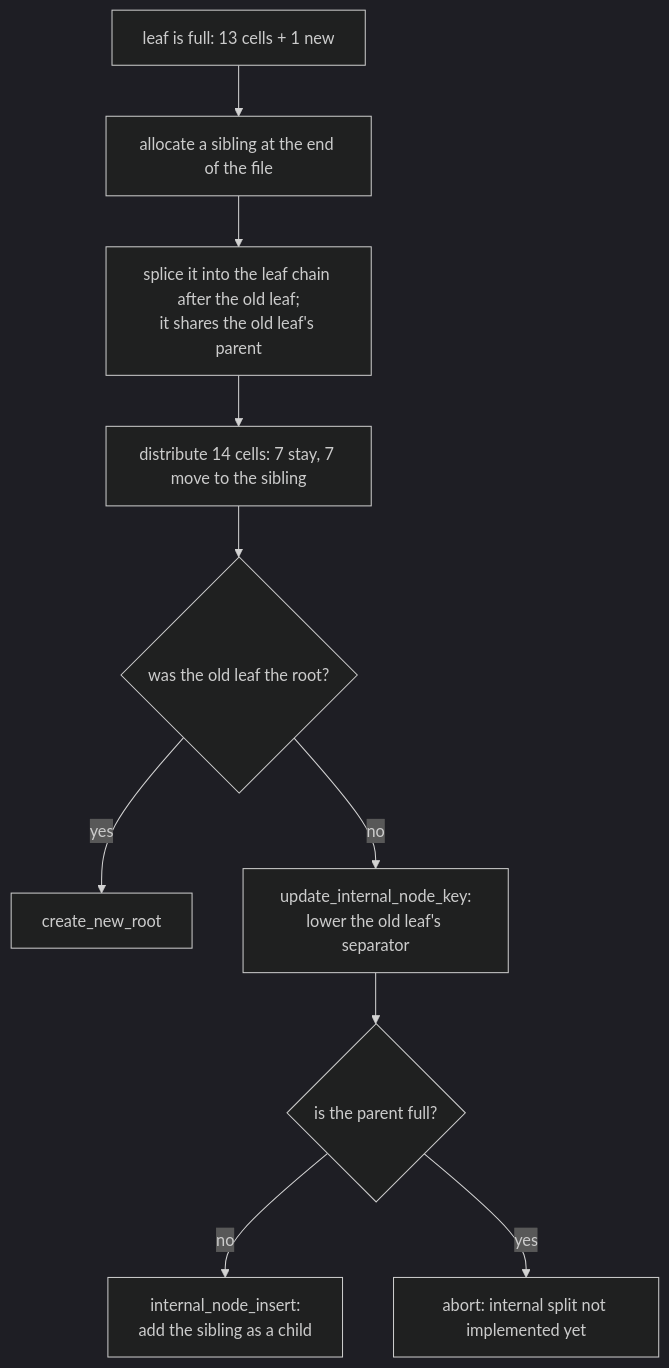
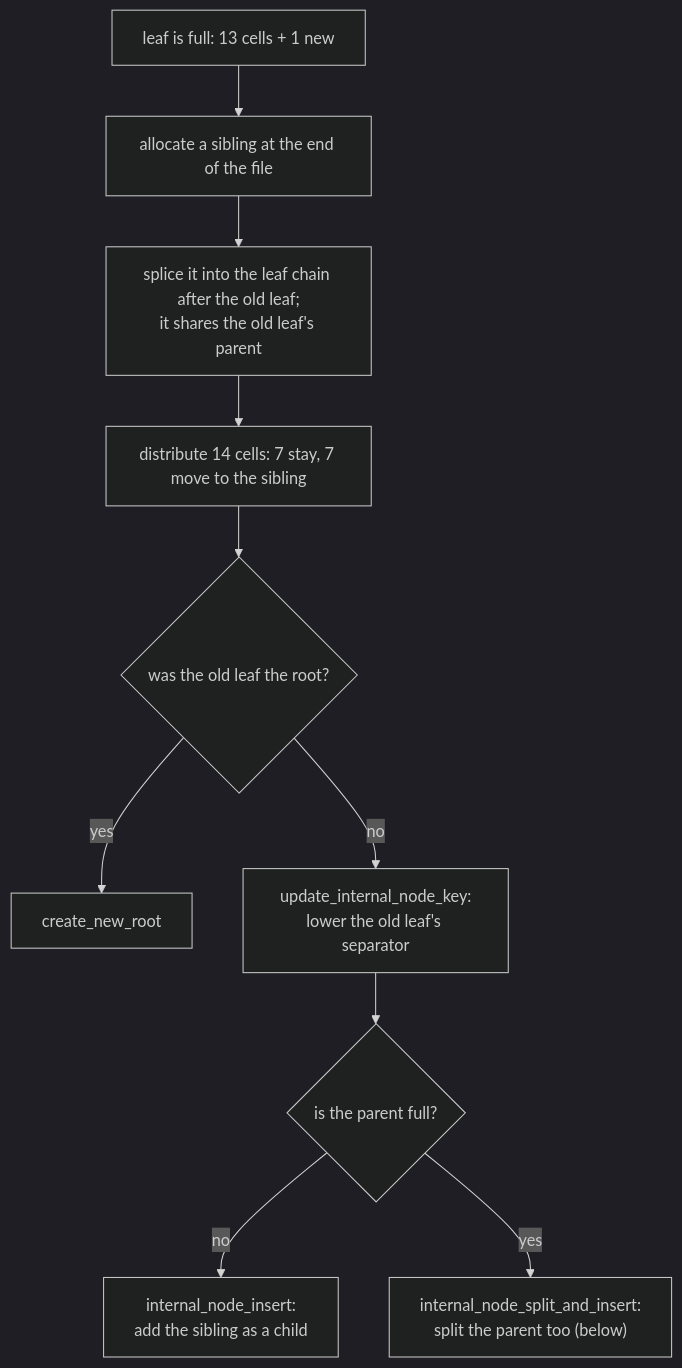
Before and after one commit to Rohitangshu2026/mini-sql: the eighth of 20 diagrams in README.md, drawn with Mermaid (dark theme). The commit also changed other lines of this file, not shown here.

First line of the commit message:
docs: describe internal-node splits in the README

````diff
--- a/README.md
+++ b/README.md
@@ -489,12 +491,12 @@
 ```mermaid
 flowchart TD
     A["leaf is full: 13 cells + 1 new"] --> B["allocate a sibling at the end of the file"]
     B --> C["splice it into the leaf chain after the old leaf;<br/>it shares the old leaf's parent"]
     C --> D["distribute 14 cells: 7 stay, 7 move to the sibling"]
     D --> E{was the old leaf the root?}
     E -->|yes| F["create_new_root"]
     E -->|no| G["update_internal_node_key:<br/>lower the old leaf's separator"]
     G --> H{is the parent full?}
     H -->|no| I["internal_node_insert:<br/>add the sibling as a child"]
-    H -->|yes| J["abort: internal split not implemented yet"]
+    H -->|yes| J["internal_node_split_and_insert:<br/>split the parent too (below)"]
 ```
````
